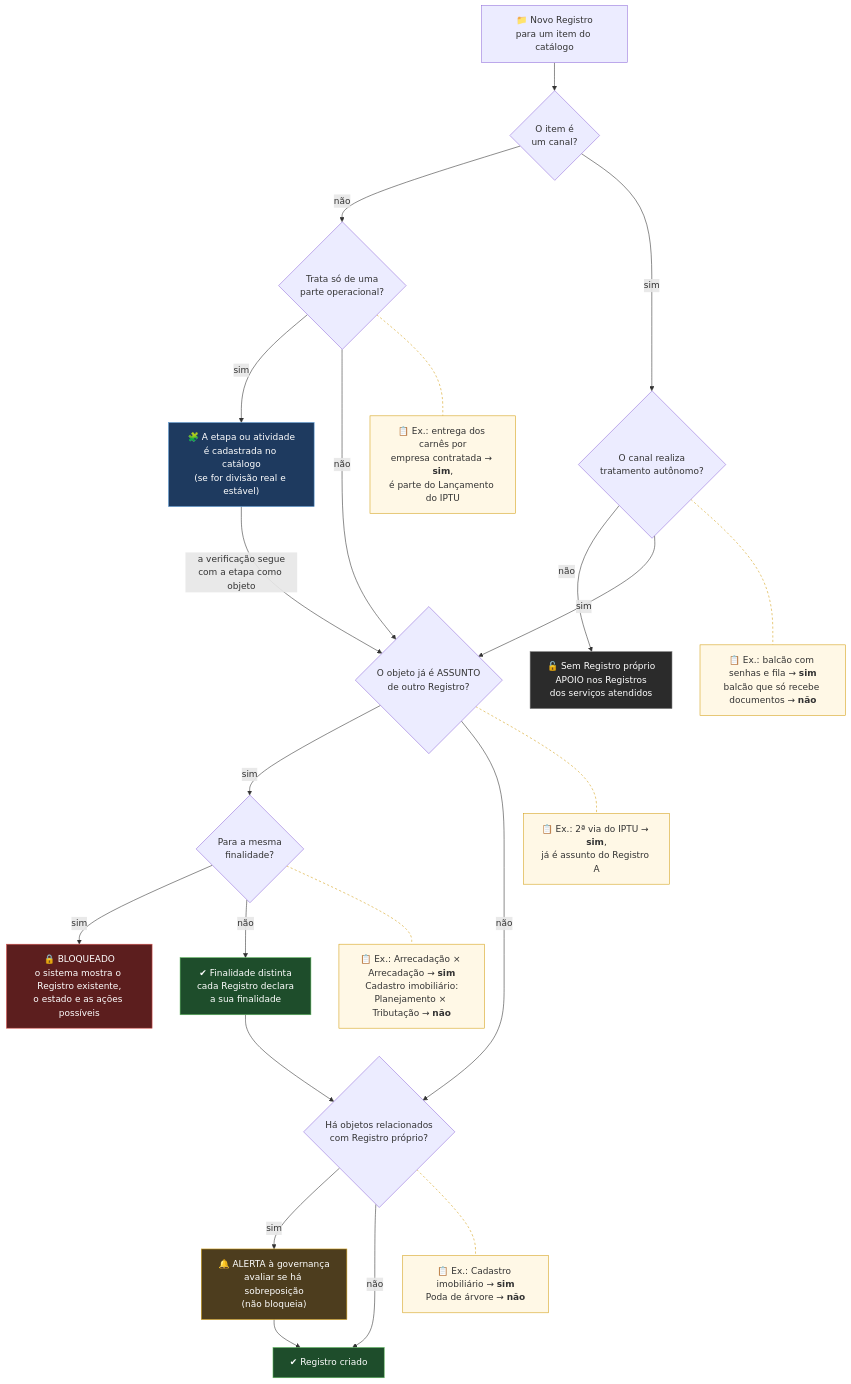
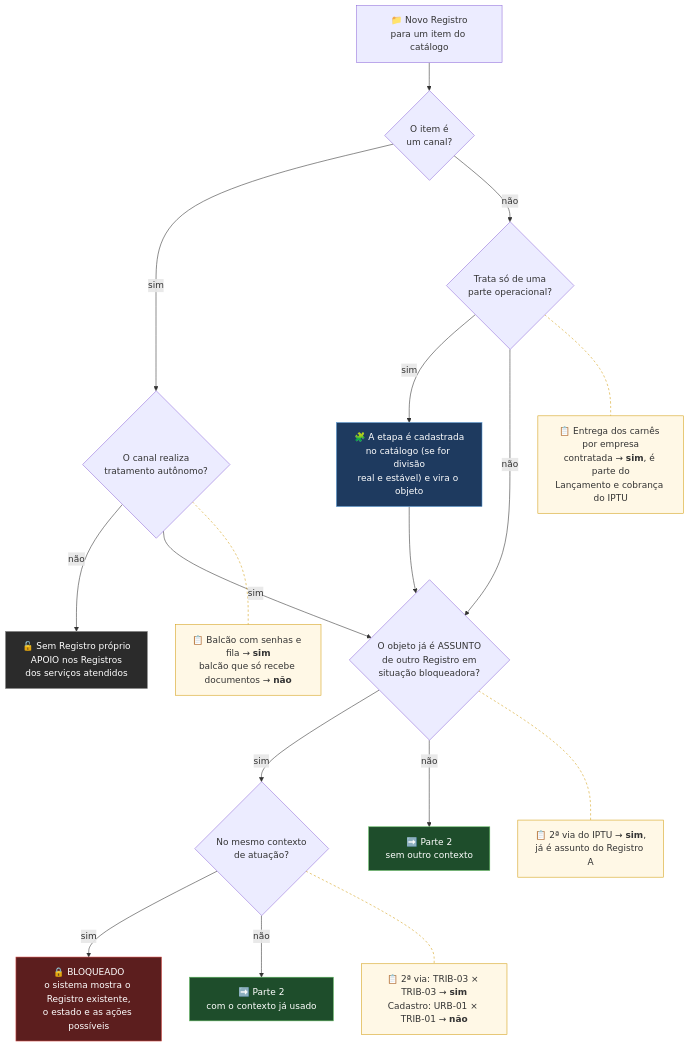
The tenth of 11 diagrams in README.md (ailtonfv/governanca-lgpd-hortolandia), drawn with Mermaid before and after one commit. The commit also changed other lines of this file and 1 other file, not shown here.

Commit message:
README rev. 2: PoC nuclear e ampliada, precedencia, criterios por marco, proximos passos e pendencias

````diff
--- a/README.md
+++ b/README.md
@@ -291,38 +429,32 @@
 ```mermaid
+%% tall
 flowchart TD
     N["📁 Novo Registro<br/>para um item do catálogo"] --> C0{"O item é<br/>um canal?"}
-    C0 -- "não" --> P{"Trata só de uma<br/>parte operacional?"}
     C0 -- "sim" --> CA{"O canal realiza<br/>tratamento autônomo?"}
     CA -- "não" --> APO["🔓 Sem Registro próprio<br/>APOIO nos Registros<br/>dos serviços atendidos"]
     CA -- "sim" --> Q1
-    P -- "sim" --> ET["🧩 A etapa ou atividade<br/>é cadastrada no catálogo<br/>(se for divisão real e estável)"]
-    ET -- "a verificação segue<br/>com a etapa como objeto" --> Q1
-    P -- "não" --> Q1{"O objeto já é ASSUNTO<br/>de outro Registro?"}
-    Q1 -- "sim" --> Q2{"Para a mesma<br/>finalidade?"}
+    C0 -- "não" --> P{"Trata só de uma<br/>parte operacional?"}
+    P -- "sim" --> ET["🧩 A etapa é cadastrada<br/>no catálogo (se for divisão<br/>real e estável) e vira o objeto"]
+    ET --> Q1
+    P -- "não" --> Q1{"O objeto já é ASSUNTO<br/>de outro Registro em<br/>situação bloqueadora?"}
+    Q1 -- "sim" --> Q2{"No mesmo contexto<br/>de atuação?"}
     Q2 -- "sim" --> BL["🔒 BLOQUEADO<br/>o sistema mostra o Registro existente,<br/>o estado e as ações possíveis"]
-    Q2 -- "não" --> OK2["✔ Finalidade distinta<br/>cada Registro declara<br/>a sua finalidade"]
-    OK2 --> Q3
-    Q1 -- "não" --> Q3{"Há objetos relacionados<br/>com Registro próprio?"}
-    Q3 -- "sim" --> AL["🔔 ALERTA à governança<br/>avaliar se há sobreposição<br/>(não bloqueia)"]
-    Q3 -- "não" --> OK["✔ Registro criado"]
-    AL --> OK
-    XP["📋 Ex.: entrega dos carnês por<br/>empresa contratada → <b>sim</b>,<br/>é parte do Lançamento do IPTU"]
-    XQ1["📋 Ex.: 2ª via do IPTU → <b>sim</b>,<br/>já é assunto do Registro A"]
-    XQ2["📋 Ex.: Arrecadação × Arrecadação → <b>sim</b><br/>Cadastro imobiliário:<br/>Planejamento × Tributação → <b>não</b>"]
-    XQ3["📋 Ex.: Cadastro imobiliário → <b>sim</b><br/>Poda de árvore → <b>não</b>"]
-    XC["📋 Ex.: balcão com senhas e fila → <b>sim</b><br/>balcão que só recebe documentos → <b>não</b>"]
+    Q2 -- "não" --> P2A["➡️ Parte 2<br/>com o contexto já usado"]
+    Q1 -- "não" --> P2B["➡️ Parte 2<br/>sem outro contexto"]
+    XC["📋 Balcão com senhas e fila → <b>sim</b><br/>balcão que só recebe documentos → <b>não</b>"]
+    XP["📋 Entrega dos carnês por empresa<br/>contratada → <b>sim</b>, é parte do<br/>Lançamento e cobrança do IPTU"]
+    XQ1["📋 2ª via do IPTU → <b>sim</b>,<br/>já é assunto do Registro A"]
+    XQ2["📋 2ª via: TRIB-03 × TRIB-03 → <b>sim</b><br/>Cadastro: URB-01 × TRIB-01 → <b>não</b>"]
+    CA -.- XC
     P -.- XP
     Q1 -.- XQ1
     Q2 -.- XQ2
-    Q3 -.- XQ3
-    CA -.- XC
     style BL fill:#5c1e1e,stroke:#d9534f,color:#fff
-    style OK fill:#1e4d2b,stroke:#5cb85c,color:#fff
-    style OK2 fill:#1e4d2b,stroke:#5cb85c,color:#fff
-    style AL fill:#4d3d1e,stroke:#d4a017,color:#fff
     style ET fill:#1e3a5f,stroke:#5b9bd5,color:#fff
+    style APO fill:#2b2b2b,stroke:#888,color:#fff
+    style P2A fill:#1e4d2b,stroke:#5cb85c,color:#fff
+    style P2B fill:#1e4d2b,stroke:#5cb85c,color:#fff
     classDef ex fill:#fff8e6,stroke:#d4a017,color:#333
-    class XP,XQ1,XQ2,XQ3,XC ex
-    style APO fill:#2b2b2b,stroke:#888,color:#fff
-    linkStyle 16,17,18,19,20 stroke:#d4a017,stroke-dasharray:4
+    class XC,XP,XQ1,XQ2 ex
+    linkStyle 12,13,14,15 stroke:#d4a017,stroke-dasharray:4
 ```
````
